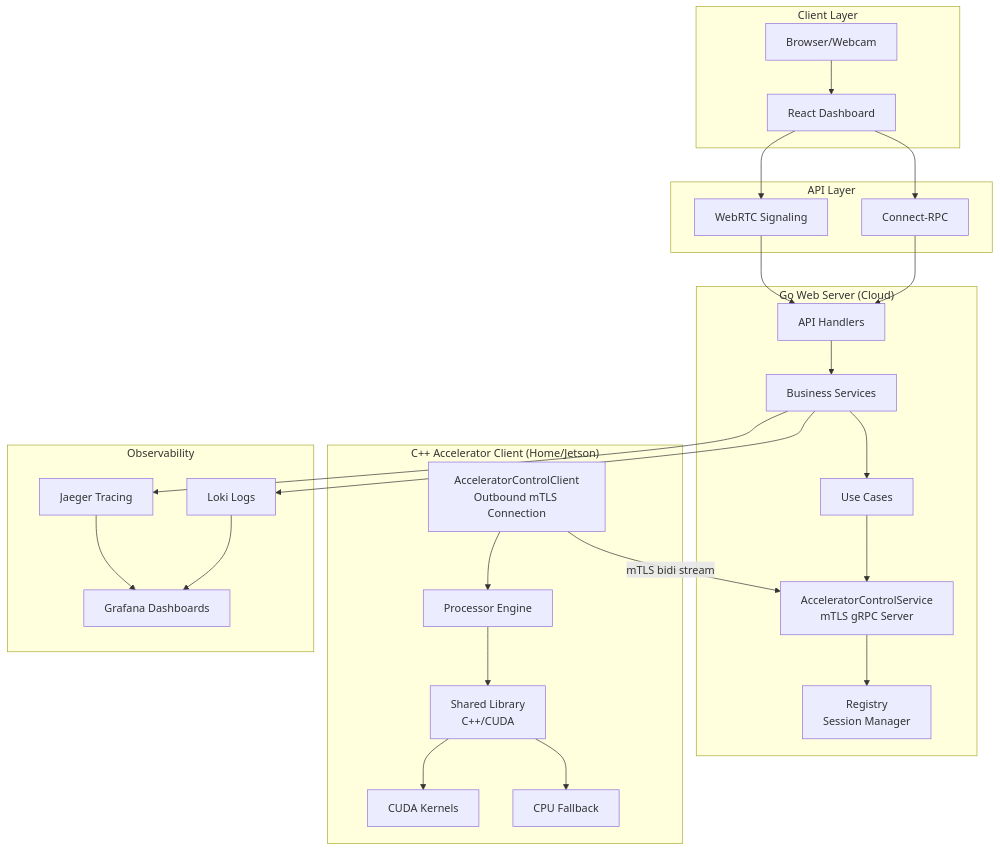
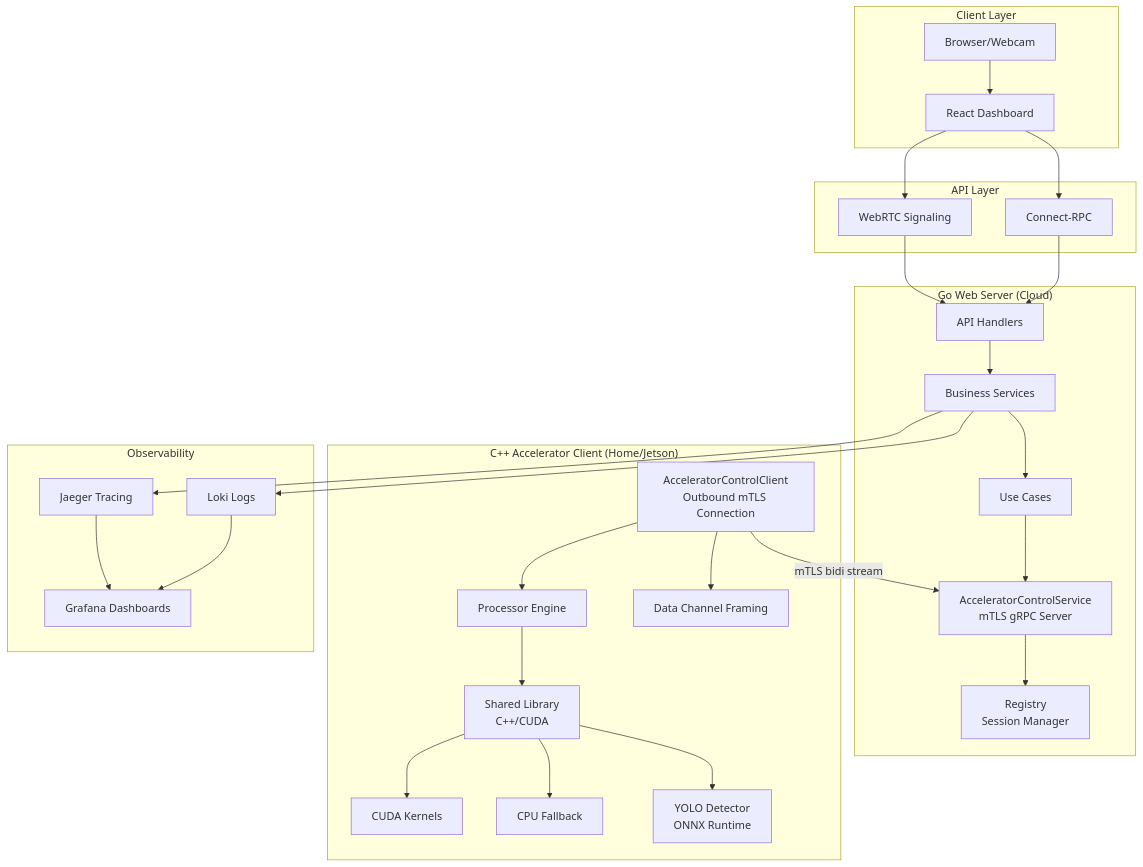
Before and after one commit to josnelihurt/learning-cuda: the first of 2 diagrams in README.md, drawn with Mermaid. The commit also changed other lines of this file and 7 other files, not shown here.

First line of the commit message:
feat: integrate YOLO object detection and data channel framing into the system

````diff
--- a/README.md
+++ b/README.md
@@ -49,55 +49,59 @@
 ```mermaid
 graph TB
     subgraph "Client Layer"
         Browser[Browser/Webcam]
         UI[React Dashboard]
     end
     
     subgraph "API Layer"
         WebRTCSignaling[WebRTC Signaling]
         ConnectRPC[Connect-RPC]
     end
     
     subgraph "Go Web Server (Cloud)"
         API[API Handlers]
         Services[Business Services]
         UseCases[Use Cases]
         ControlServer[AcceleratorControlService<br/>mTLS gRPC Server]
         Registry[Registry<br/>Session Manager]
     end
     
     subgraph "C++ Accelerator Client (Home/Jetson)"
         AccelClient[AcceleratorControlClient<br/>Outbound mTLS Connection]
         SharedLib[Shared Library<br/>C++/CUDA]
         ProcessorEngine[Processor Engine]
         CudaKernels[CUDA Kernels]
         CpuFallback[CPU Fallback]
+        YOLODetector[YOLO Detector<br/>ONNX Runtime]
+        DataChannelFraming[Data Channel Framing]
     end
     
     subgraph "Observability"
         Jaeger[Jaeger Tracing]
         Grafana[Grafana Dashboards]
         Loki[Loki Logs]
     end
     
     Browser --> UI
     UI --> WebRTCSignaling
     UI --> ConnectRPC
     WebRTCSignaling --> API
     ConnectRPC --> API
     API --> Services
     Services --> UseCases
     UseCases --> ControlServer
     ControlServer --> Registry
     
     AccelClient -->|mTLS bidi stream| ControlServer
     AccelClient --> ProcessorEngine
+    AccelClient --> DataChannelFraming
     ProcessorEngine --> SharedLib
     SharedLib --> CudaKernels
     SharedLib --> CpuFallback
+    SharedLib --> YOLODetector
     
     Services --> Jaeger
     Services --> Loki
     Jaeger --> Grafana
     Loki --> Grafana
 ```
````
